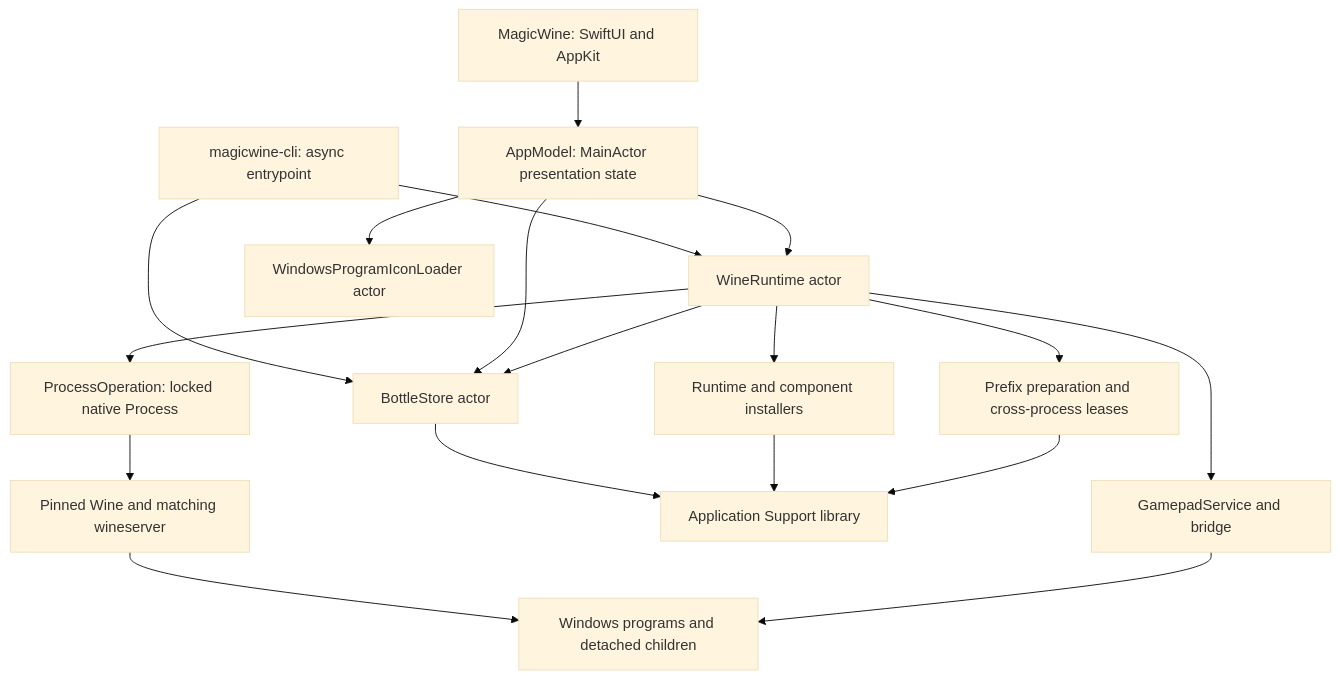
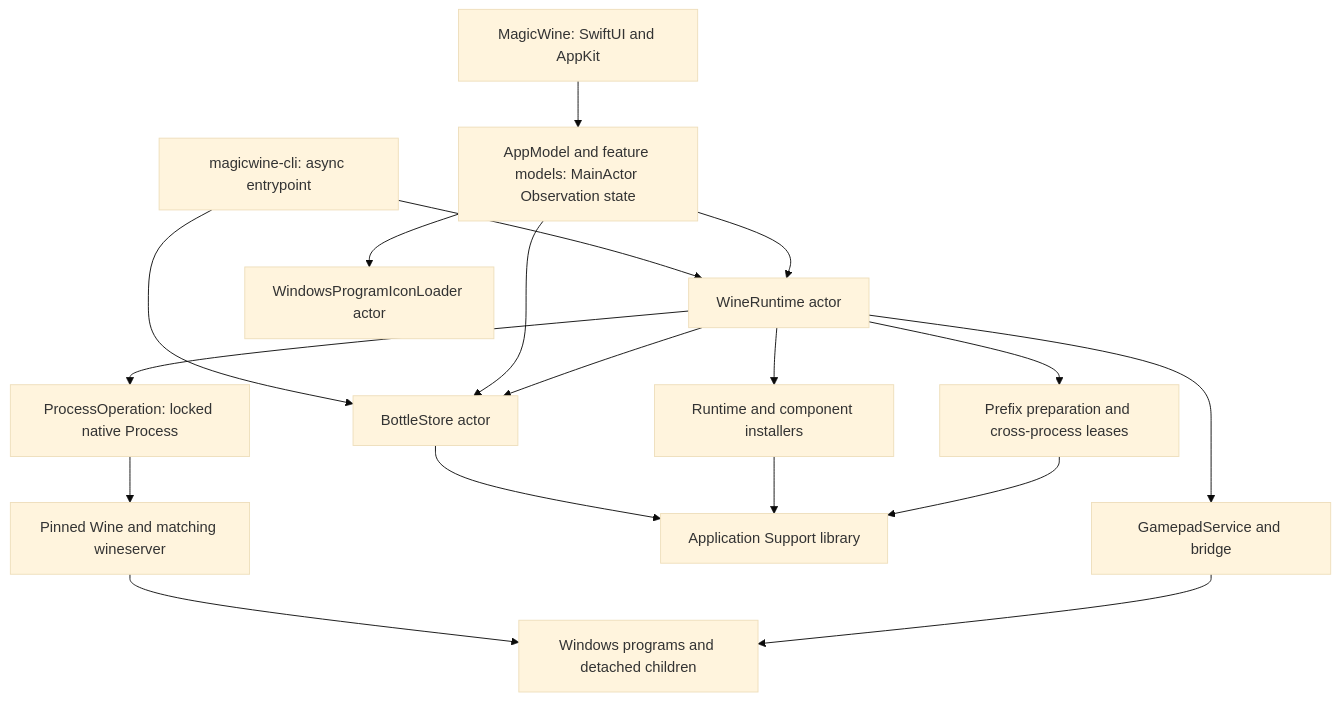
Before and after one commit to DimitriFourny/magicwine: the diagram in docs/architecture.md, drawn with Mermaid (base theme). The commit also changed other lines of this file and 23 other files, not shown here.

Commit message:
Split AppModel into focused Observation models

````diff
--- a/docs/architecture.md
+++ b/docs/architecture.md
@@ -17,20 +17,20 @@
 ```mermaid
 flowchart TB
-    UI["MagicWine: SwiftUI and AppKit"] --> Model["AppModel: MainActor presentation state"]
+    UI["MagicWine: SwiftUI and AppKit"] --> Model["AppModel and feature models: MainActor Observation state"]
     CLI["magicwine-cli: async entrypoint"] --> Runtime["WineRuntime actor"]
     CLI --> Store["BottleStore actor"]
     Model --> Runtime
     Model --> Store
     Model --> Icons["WindowsProgramIconLoader actor"]
     Runtime --> Store
     Runtime --> Install["Runtime and component installers"]
     Runtime --> Process["ProcessOperation: locked native Process"]
     Runtime --> Prefix["Prefix preparation and cross-process leases"]
     Runtime --> Controller["GamepadService and bridge"]
     Store --> Disk["Application Support library"]
     Install --> Disk
     Prefix --> Disk
     Process --> Wine["Pinned Wine and matching wineserver"]
     Wine --> Windows["Windows programs and detached children"]
     Controller --> Windows
 ```
````
